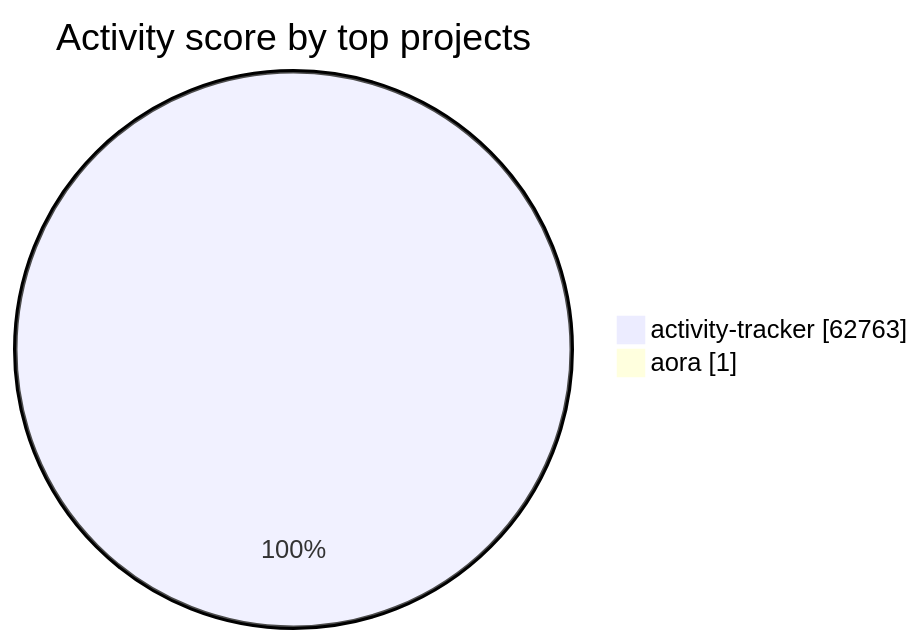
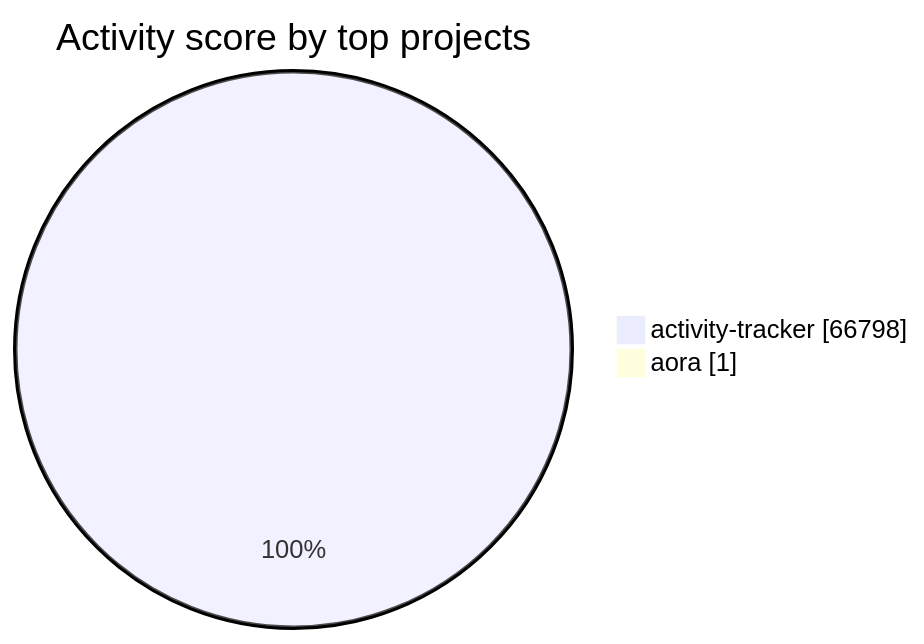
The diagram in visualizations/README.md (Sonkarrushikesh22/activity-tracker), drawn with Mermaid before and after one commit. The commit also changed other lines of this file and 4 other files, not shown here.

````diff
--- a/visualizations/README.md
+++ b/visualizations/README.md
@@ -33,6 +33,6 @@
 ```mermaid
 pie showData
     title Activity score by top projects
-    "activity-tracker" : 62763
+    "activity-tracker" : 66798
     "aora" : 1
 ```
````
